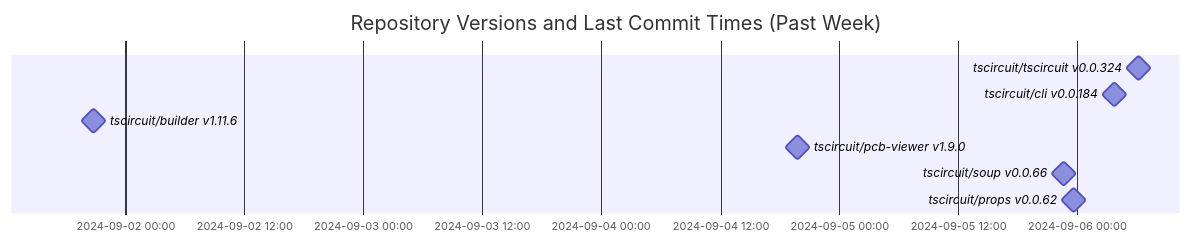
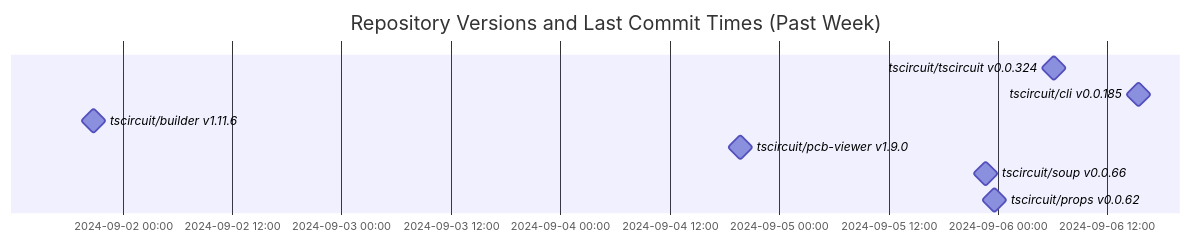
One commit to tscircuit/version-tracker changed the diagram in README.md. Above: the diagram before and after it, drawn with Mermaid.

Commit message:
Update chart

````diff
--- a/README.md
+++ b/README.md
@@ -1,13 +1,13 @@
 ```mermaid
 gantt
   dateFormat  YYYY-MM-DD HH:mm:ss
   title Repository Versions and Last Commit Times (Past Week)
   axisFormat %Y-%m-%d %H:%M
 
   tscircuit/tscircuit v0.0.324 : milestone, 2024-09-06 06:12:12, 1s
-  tscircuit/cli v0.0.184 : milestone, 2024-09-06 03:44:00, 1s
+  tscircuit/cli v0.0.185 : milestone, 2024-09-06 15:27:04, 1s
   tscircuit/builder v1.11.6 : milestone, 2024-09-01 20:47:46, 1s
   tscircuit/pcb-viewer v1.9.0 : milestone, 2024-09-04 19:45:38, 1s
   tscircuit/soup v0.0.66 : milestone, 2024-09-05 22:41:45, 1s
   tscircuit/props v0.0.62 : milestone, 2024-09-05 23:38:33, 1s
 ```
````
